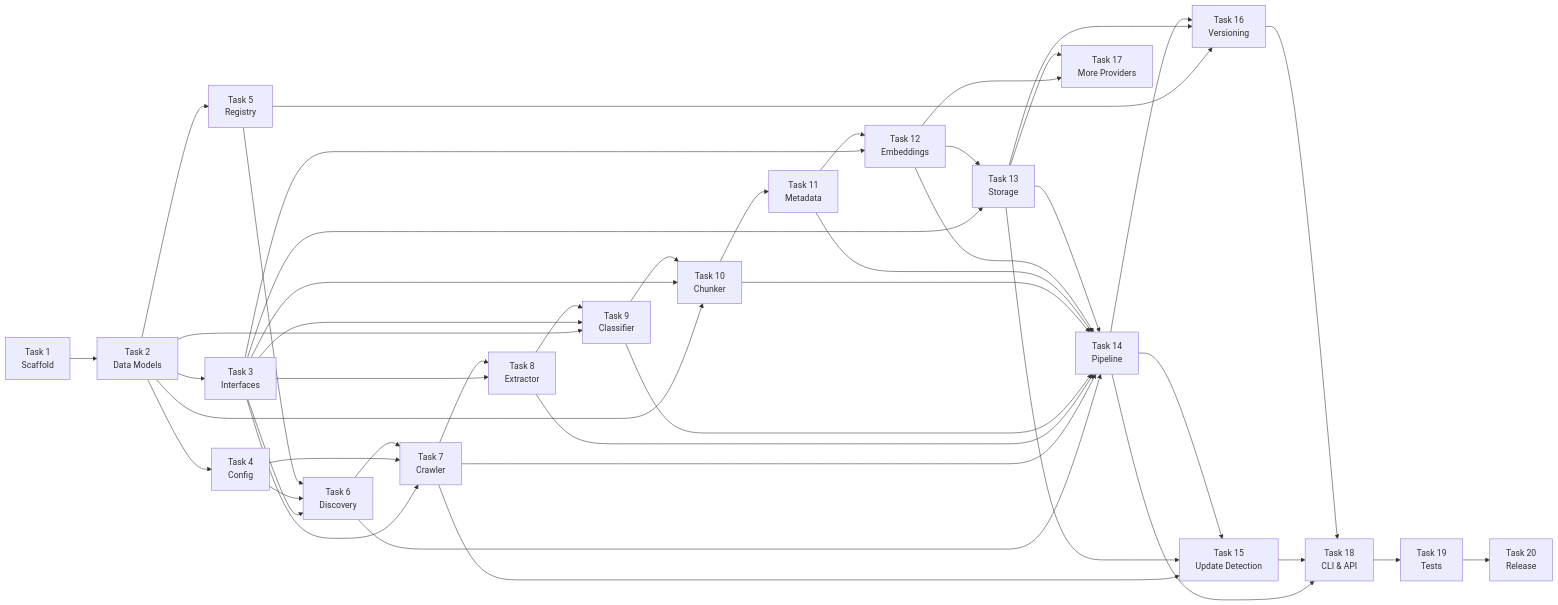
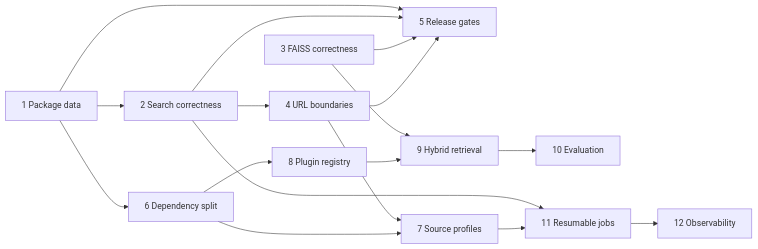
Before and after one commit to aritra0309/DocForge: the diagram in plan.md, drawn with Mermaid. The commit also changed other lines of this file, not shown here.

````diff
--- a/plan.md
+++ b/plan.md
@@ -933,61 +394,19 @@
 ```mermaid
 graph LR
-    T1["Task 1\nScaffold"] --> T2["Task 2\nData Models"]
-    T2 --> T3["Task 3\nInterfaces"]
-    T2 --> T4["Task 4\nConfig"]
-    T2 --> T5["Task 5\nRegistry"]
-
-    T3 --> T6["Task 6\nDiscovery"]
-    T4 --> T6
-    T5 --> T6
-
-    T3 --> T7["Task 7\nCrawler"]
-    T4 --> T7
+    T1["1 Package data"] --> T2["2 Search correctness"]
+    T2 --> T4["4 URL boundaries"]
+    T1 --> T5["5 Release gates"]
+    T2 --> T5
+    T3["3 FAISS correctness"] --> T5
+    T4 --> T5
+    T1 --> T6["6 Dependency split"]
+    T4 --> T7["7 Source profiles"]
     T6 --> T7
-
-    T3 --> T8["Task 8\nExtractor"]
-    T7 --> T8
-
-    T2 --> T9["Task 9\nClassifier"]
-    T3 --> T9
+    T6 --> T8["8 Plugin registry"]
+    T3 --> T9["9 Hybrid retrieval"]
     T8 --> T9
-
-    T2 --> T10["Task 10\nChunker"]
-    T3 --> T10
-    T9 --> T10
-
-    T10 --> T11["Task 11\nMetadata"]
-
-    T3 --> T12["Task 12\nEmbeddings"]
-    T11 --> T12
-
-    T3 --> T13["Task 13\nStorage"]
-    T12 --> T13
-
-    T6 --> T14["Task 14\nPipeline"]
-    T7 --> T14
-    T8 --> T14
-    T9 --> T14
-    T10 --> T14
-    T11 --> T14
-    T12 --> T14
-    T13 --> T14
-
-    T7 --> T15["Task 15\nUpdate Detection"]
-    T13 --> T15
-    T14 --> T15
-
-    T5 --> T16["Task 16\nVersioning"]
-    T13 --> T16
-    T14 --> T16
-
-    T12 --> T17["Task 17\nMore Providers"]
-    T13 --> T17
-
-    T14 --> T18["Task 18\nCLI & API"]
-    T15 --> T18
-    T16 --> T18
-
-    T18 --> T19["Task 19\nTests"]
-    T19 --> T20["Task 20\nRelease"]
+    T9 --> T10["10 Evaluation"]
+    T2 --> T11["11 Resumable jobs"]
+    T7 --> T11
+    T11 --> T12["12 Observability"]
 ```
````
